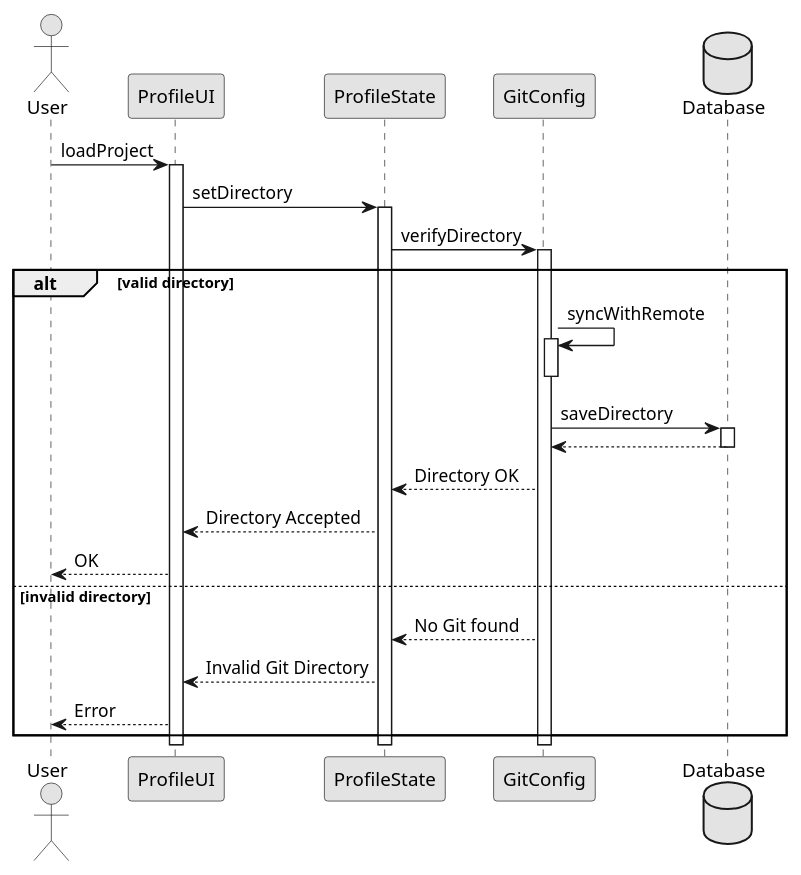
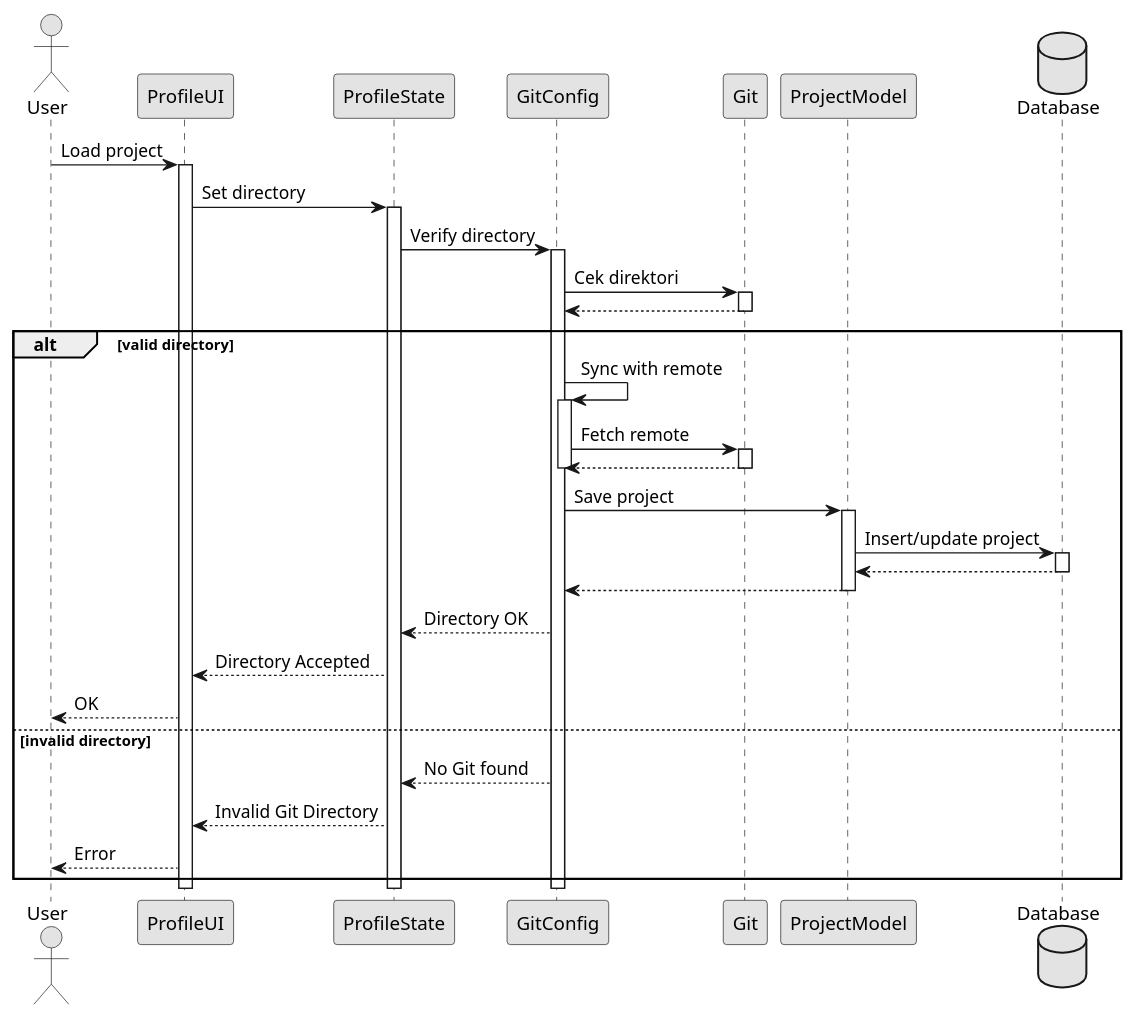
Before and after one commit to imdar1/GitMonitor: the diagram in docs/res/seq1.pu, drawn with PlantUML. The commit also changed 12 other files, not shown here.

```diff
--- a/docs/res/seq1.pu
+++ b/docs/res/seq1.pu
@@ -1,39 +1,58 @@
 @startuml sequence_diagram1
 skinparam monochrome true
 actor User as user
 participant "ProfileUI" as a3
 participant "ProfileState" as a1
 participant "GitConfig" as a2
+participant "Git" as g1
+participant "ProjectModel" as p1
 database "Database" as db
 skinparam backgroundcolor transparent
 
-user -> a3: loadProject
+user -> a3: Load project
 activate a3
 
-a3 -> a1: setDirectory
+a3 -> a1: Set directory
 activate a1
 
-a1 -> a2: verifyDirectory
+a1 -> a2: Verify directory
 activate a2
 
+a2 -> g1: Cek direktori
+activate g1
+
+g1 --> a2
+deactivate g1
+
 alt valid directory
-    a2 -> a2: syncWithRemote
+    a2 -> a2: Sync with remote
     activate a2
+    a2 -> g1: Fetch remote
+    activate g1
+    g1 --> a2
+    deactivate g1
     deactivate a2
-    a2 -> db: saveDirectory
+    
+    a2 -> p1: Save project
+    activate p1
+
+    p1 -> db: Insert/update project
     activate db
-    db --> a2
+    db -->p1
     deactivate db
+
+    p1 --> a2
+    deactivate p1
     a2 --> a1: Directory OK
     a1 --> a3: Directory Accepted
     a3 --> user: OK
 else invalid directory
     a2 --> a1: No Git found
     a1 --> a3: Invalid Git Directory
     a3 --> user: Error
 end
 deactivate a2
 deactivate a1
 deactivate a3
 
 @enduml
```
